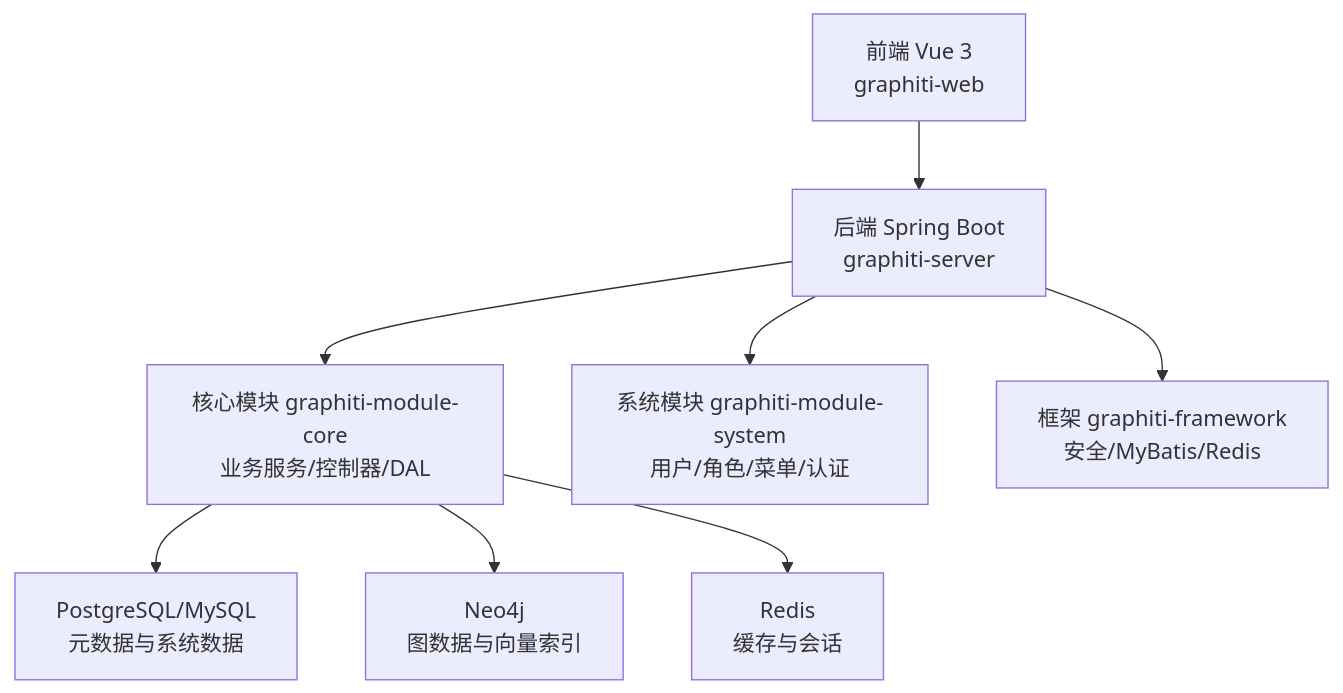
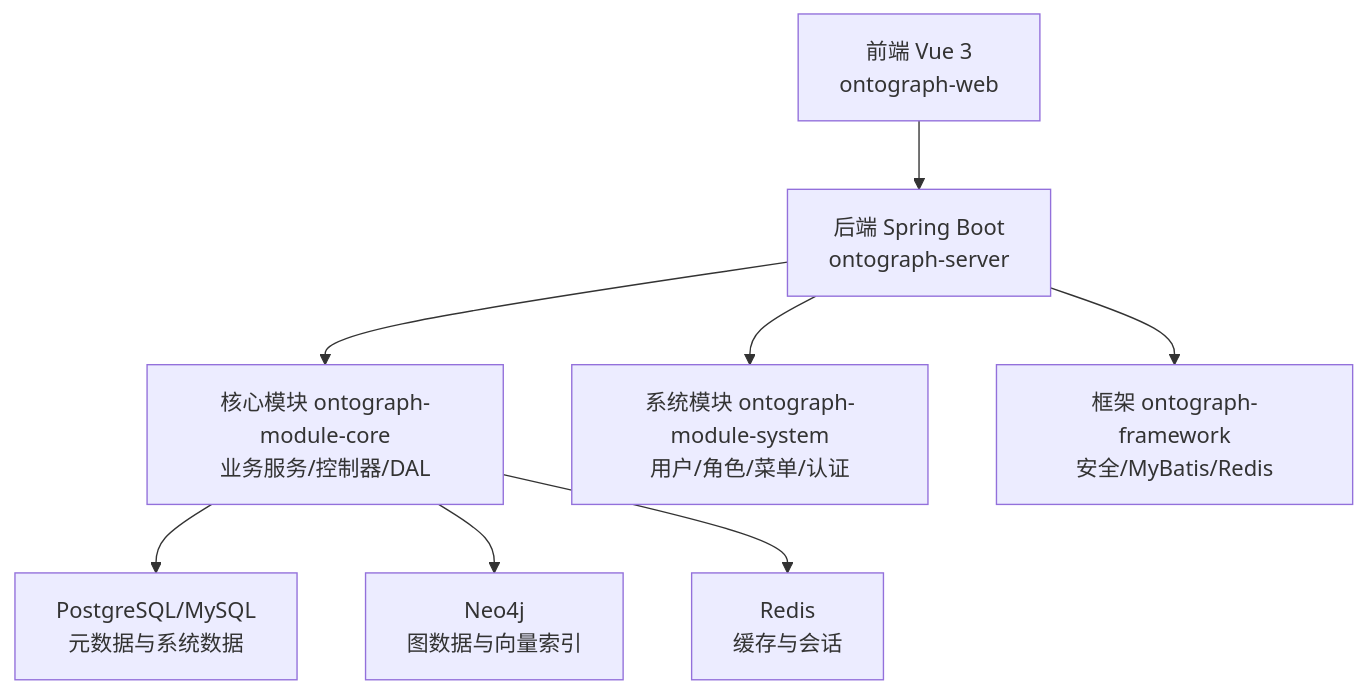
Before and after one commit to joezxh/graphiti-java: the first of 6 diagrams in docs/manual/最佳实践/数据治理实践.md, drawn with Mermaid. The commit also changed other lines of this file and 200 other files, not shown here.

````diff
--- a/docs/manual/最佳实践/数据治理实践.md
+++ b/docs/manual/最佳实践/数据治理实践.md
@@ -38,10 +38,10 @@
 ```mermaid
 graph TB
-FE["前端 Vue 3<br/>graphiti-web"] --> BE["后端 Spring Boot<br/>graphiti-server"]
-BE --> CORE["核心模块 graphiti-module-core<br/>业务服务/控制器/DAL"]
-BE --> SYS["系统模块 graphiti-module-system<br/>用户/角色/菜单/认证"]
-BE --> FW["框架 graphiti-framework<br/>安全/MyBatis/Redis"]
+FE["前端 Vue 3<br/>ontograph-web"] --> BE["后端 Spring Boot<br/>ontograph-server"]
+BE --> CORE["核心模块 ontograph-module-core<br/>业务服务/控制器/DAL"]
+BE --> SYS["系统模块 ontograph-module-system<br/>用户/角色/菜单/认证"]
+BE --> FW["框架 ontograph-framework<br/>安全/MyBatis/Redis"]
 CORE --> DB_PG["PostgreSQL/MySQL<br/>元数据与系统数据"]
 CORE --> DB_NEO["Neo4j<br/>图数据与向量索引"]
 CORE --> CACHE["Redis<br/>缓存与会话"]
 ```
````
